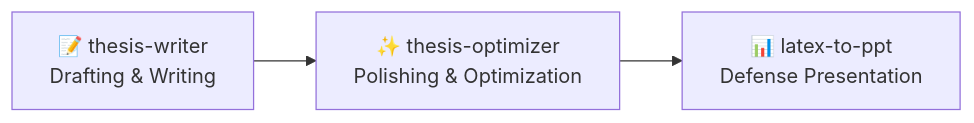
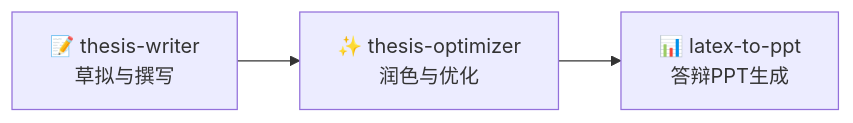
Before and after one commit to Haimbeau1o/leo-skill: the diagram in README.md, drawn with Mermaid. The commit also changed other lines of this file and 11 other files, not shown here.

````diff
--- a/README.md
+++ b/README.md
@@ -20,5 +20,5 @@
 ```mermaid
 graph LR
-    A[📝 thesis-writer<br>Drafting & Writing] --> B[✨ thesis-optimizer<br>Polishing & Optimization]
-    B --> C[📊 latex-to-ppt<br>Defense Presentation]
+    A[📝 thesis-writer<br>草拟与撰写] --> B[✨ thesis-optimizer<br>润色与优化]
+    B --> C[📊 latex-to-ppt<br>答辩PPT生成]
 ```
````
